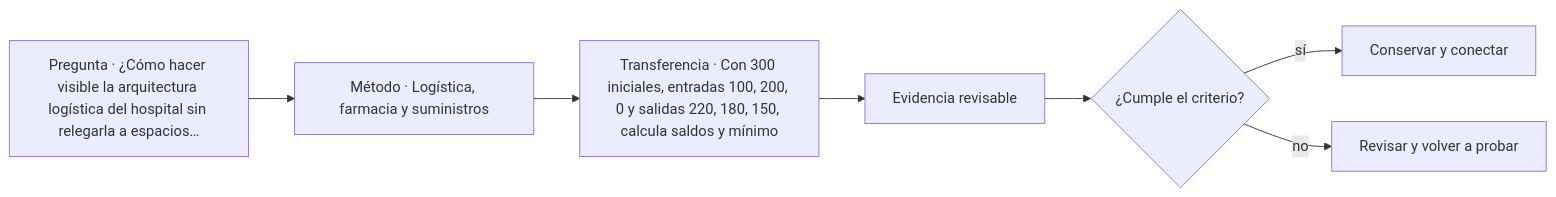
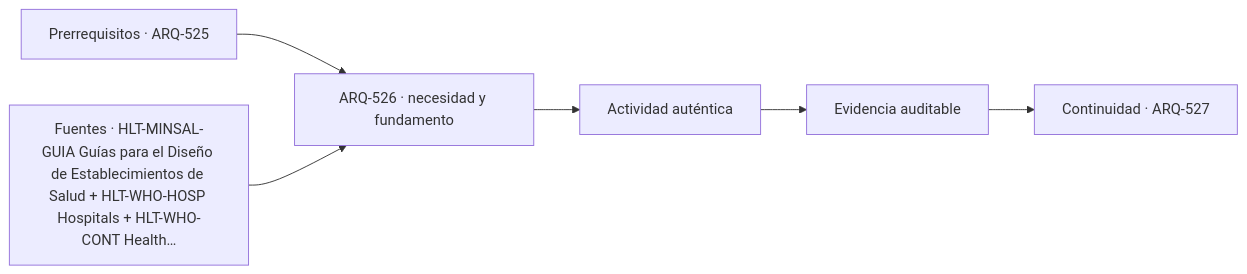
One commit to vladimiracunadev-create/architecture-built-environment-learning-program changed the diagram in classes/parte-53/ARQ-526.md. Above: the diagram before and after it, drawn with Mermaid. The commit also changed other lines of this file and 761 other files, not shown here.

````diff
--- a/classes/parte-53/ARQ-526.md
+++ b/classes/parte-53/ARQ-526.md
@@ -91,9 +103,8 @@
 ```mermaid
 flowchart LR
-    Q["Pregunta · ¿Cómo hacer visible la arquitectura logística del hospital sin relegarla a espacios…"] --> M["Método · Logística, farmacia y suministros"]
-    M --> P["Transferencia · Con 300 iniciales, entradas 100, 200, 0 y salidas 220, 180, 150, calcula saldos y mínimo"]
-    P --> E["Evidencia revisable"]
-    E --> C{"¿Cumple el criterio?"}
-    C -->|sí| T["Conservar y conectar"]
-    C -->|no| R["Revisar y volver a probar"]
+    A["Prerrequisitos · ARQ-525"] --> B["ARQ-526 · necesidad y fundamento"]
+    S["Fuentes · HLT-MINSAL-GUIA Guías para el Diseño de Establecimientos de Salud + HLT-WHO-HOSP Hospitals + HLT-WHO-CONT Health…"] --> B
+    B --> C["Actividad auténtica"]
+    C --> D["Evidencia auditable"]
+    D --> E["Continuidad · ARQ-527"]
 ```
````
